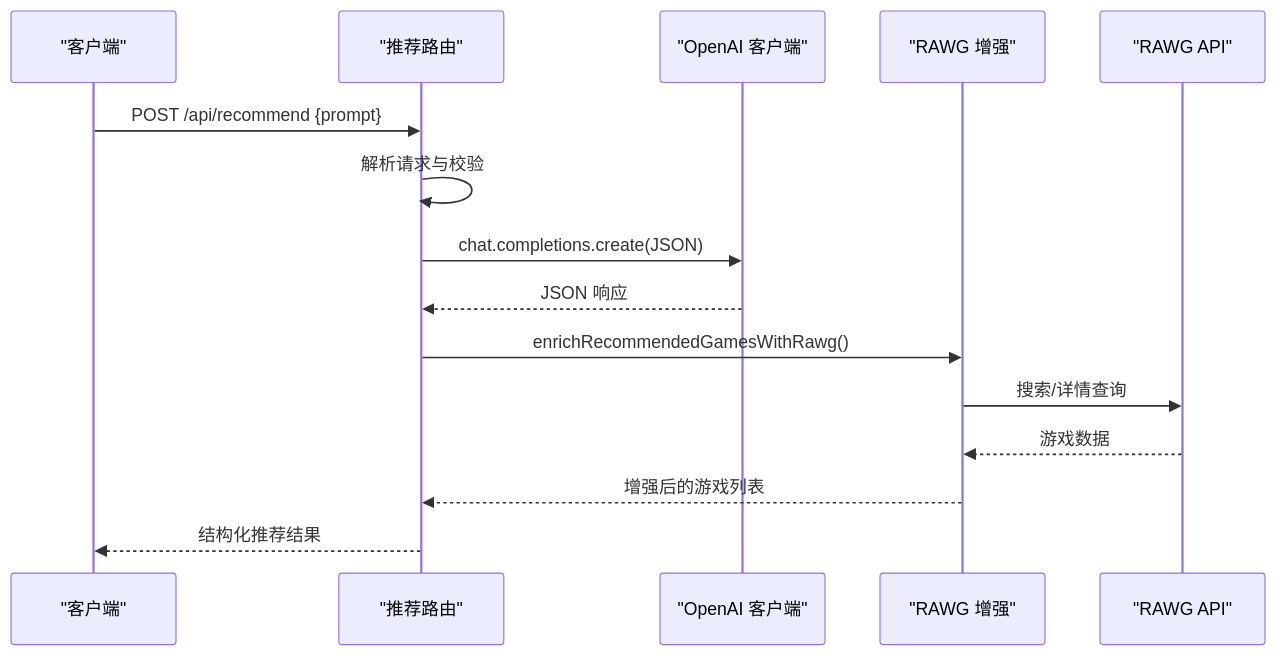
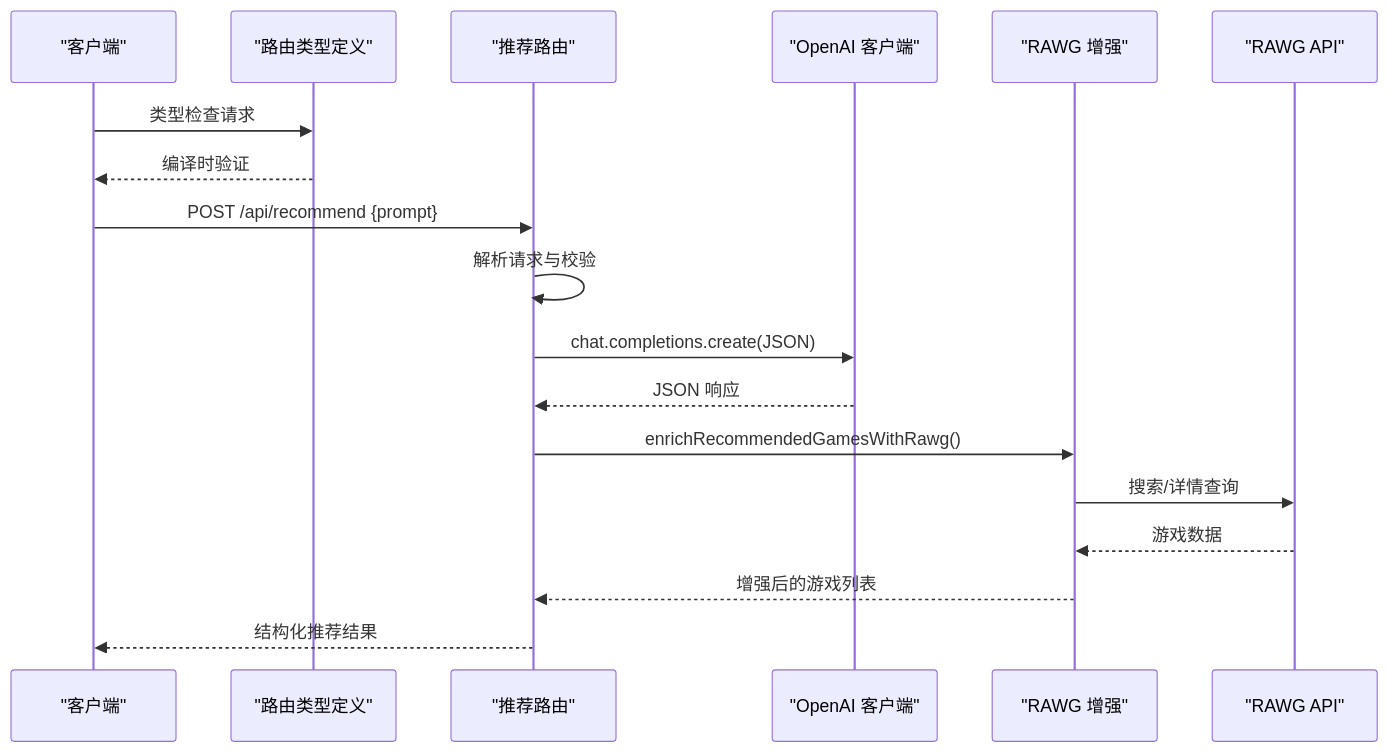
One commit to Jason-6300/JoyMate changed the second of 4 diagrams in .qoder/repowiki/zh/content/API服务/API服务.md. Above: the diagram before and after it, drawn with Mermaid. The commit also changed other lines of this file and 7 other files, not shown here.

````diff
--- a/.qoder/repowiki/zh/content/API服务/API服务.md
+++ b/.qoder/repowiki/zh/content/API服务/API服务.md
@@ -103,17 +125,20 @@
 ```mermaid
 sequenceDiagram
 participant C as "客户端"
+participant RT as "路由类型定义"
 participant R as "推荐路由"
 participant O as "OpenAI 客户端"
 participant RA as "RAWG 增强"
 participant RAWG as "RAWG API"
+C->>RT : 类型检查请求
+RT-->>C : 编译时验证
 C->>R : POST /api/recommend {prompt}
 R->>R : 解析请求与校验
 R->>O : chat.completions.create(JSON)
 O-->>R : JSON 响应
 R->>RA : enrichRecommendedGamesWithRawg()
 RA->>RAWG : 搜索/详情查询
 RAWG-->>RA : 游戏数据
 RA-->>R : 增强后的游戏列表
 R-->>C : 结构化推荐结果
 ```
````
